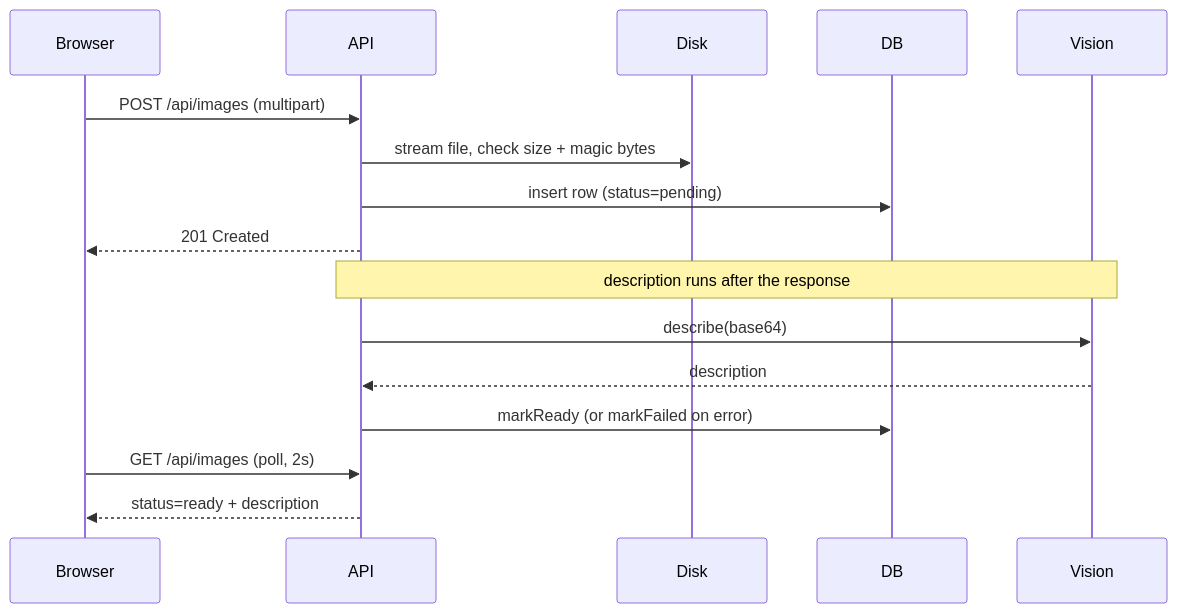
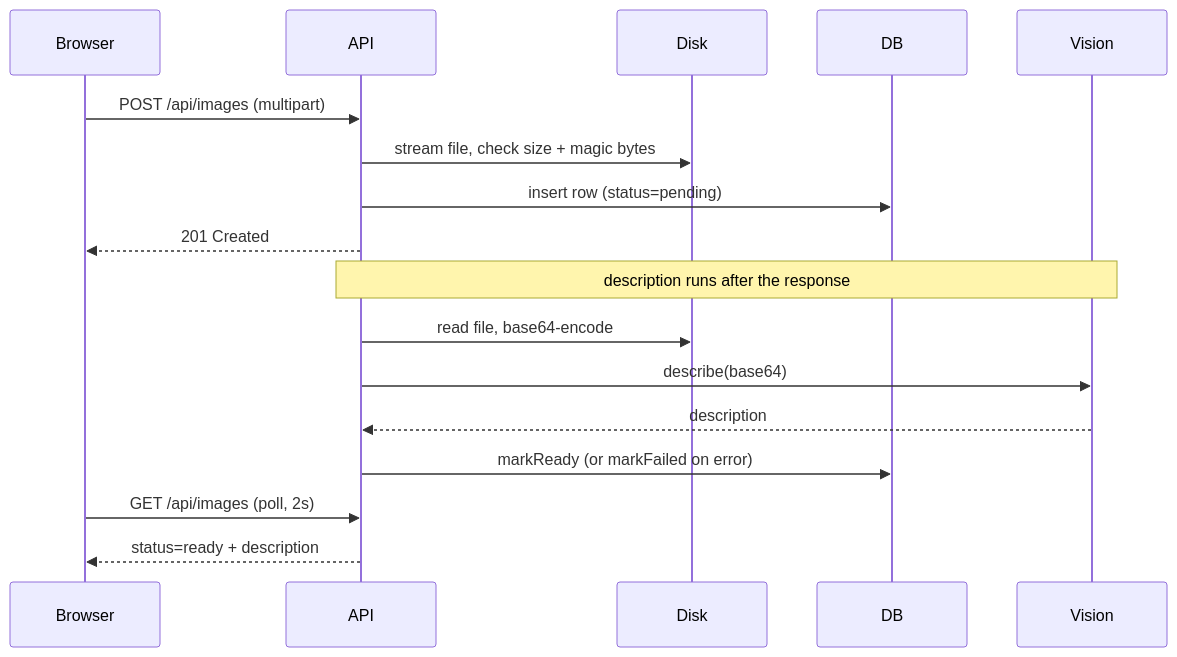
The diagram in README.md (slmaankhaan/image_description_app), drawn with Mermaid before and after one commit. The commit also changed other lines of this file, not shown here.

Commit message:
Updated the flow diagram

````diff
--- a/README.md
+++ b/README.md
@@ -50,22 +50,23 @@
 ```mermaid
 sequenceDiagram
-    participant Browser
-    participant API
-    participant Disk
-    participant DB
-    participant Vision
+  participant Browser
+  participant API
+  participant Disk
+  participant DB
+  participant Vision
 
-    Browser->>API: POST /api/images (multipart)
-    API->>Disk: stream file, check size + magic bytes
-    API->>DB: insert row (status=pending)
-    API-->>Browser: 201 Created
+  Browser->>API: POST /api/images (multipart)
+  API->>Disk: stream file, check size + magic bytes
+  API->>DB: insert row (status=pending)
+  API-->>Browser: 201 Created
 
-    Note over API,Vision: description runs after the response
+  Note over API,Vision: description runs after the response
 
-    API->>Vision: describe(base64)
-    Vision-->>API: description
-    API->>DB: markReady (or markFailed on error)
+  API->>Disk: read file, base64-encode
+  API->>Vision: describe(base64)
+  Vision-->>API: description
+  API->>DB: markReady (or markFailed on error)
 
-    Browser->>API: GET /api/images (poll, 2s)
-    API-->>Browser: status=ready + description
+  Browser->>API: GET /api/images (poll, 2s)
+  API-->>Browser: status=ready + description
 ```
````
